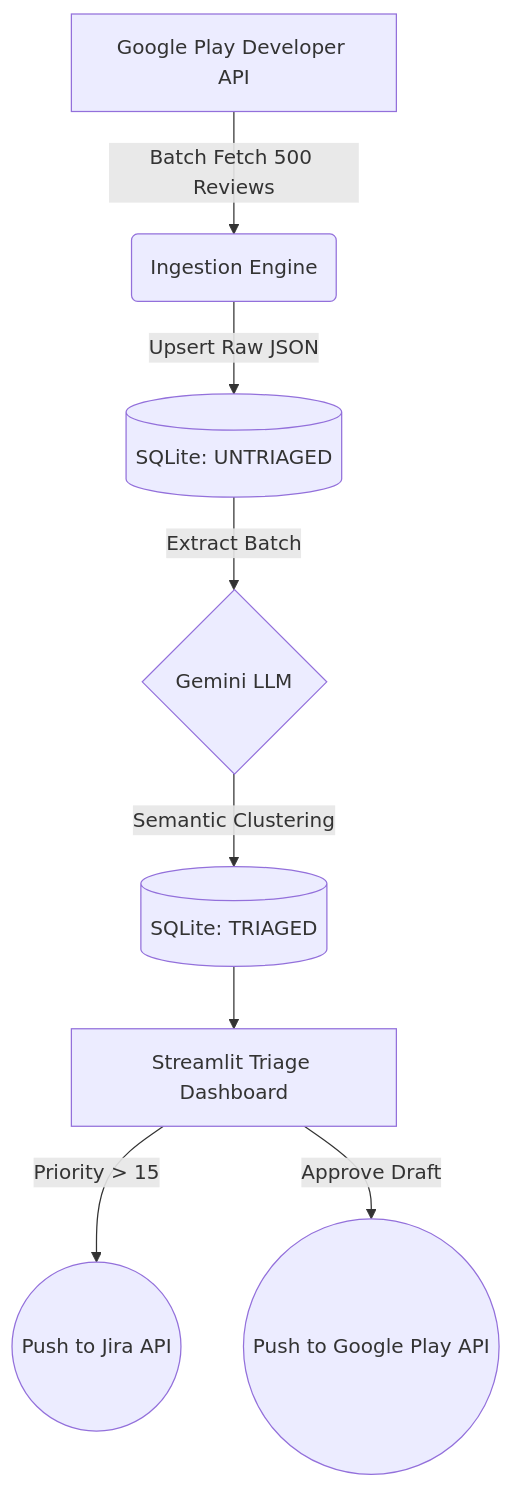
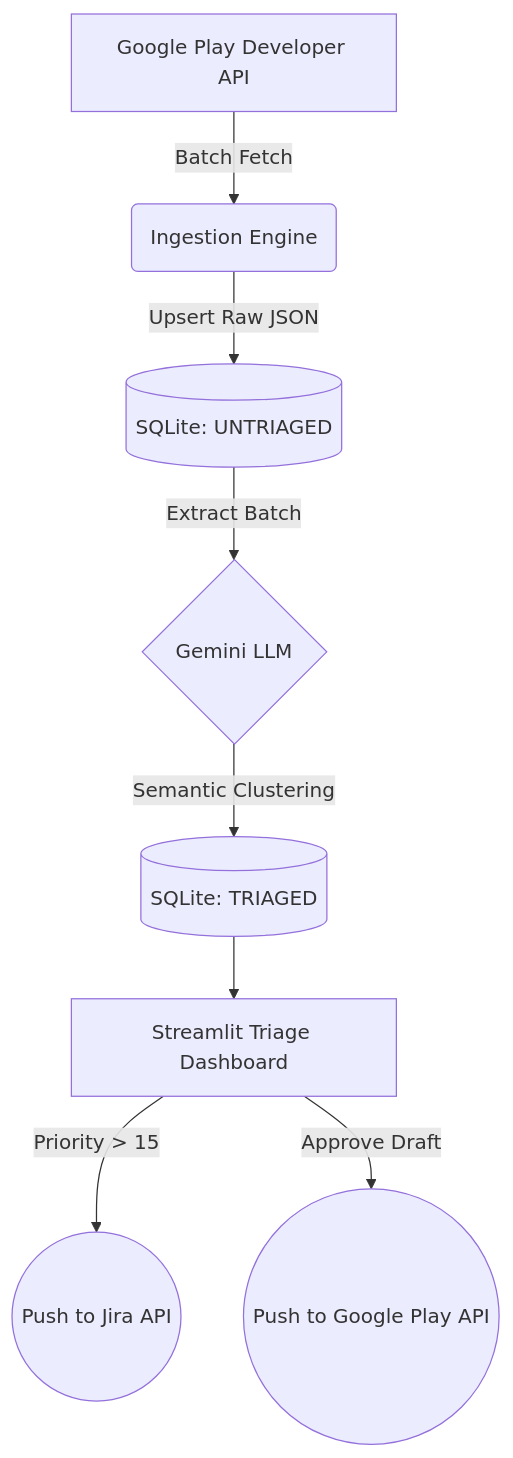
One commit to stonedhawk/review-pulse-AI changed the diagram in README.md. Above: the diagram before and after it, drawn with Mermaid. The commit also changed other lines of this file, not shown here.

````diff
--- a/README.md
+++ b/README.md
@@ -21,13 +140,13 @@
 ```mermaid
 graph TD
-    A[Google Play Developer API] -->|Batch Fetch 500 Reviews| B(Ingestion Engine)
+    A[Google Play Developer API] -->|Batch Fetch| B(Ingestion Engine)
     B -->|Upsert Raw JSON| C[(SQLite: UNTRIAGED)]
     
     C -->|Extract Batch| D{Gemini LLM}
     D -->|Semantic Clustering| E[(SQLite: TRIAGED)]
     
     E --> F[Streamlit Triage Dashboard]
     
     F -->|Priority > 15| G((Push to Jira API))
     F -->|Approve Draft| H((Push to Google Play API))
 ```
````
